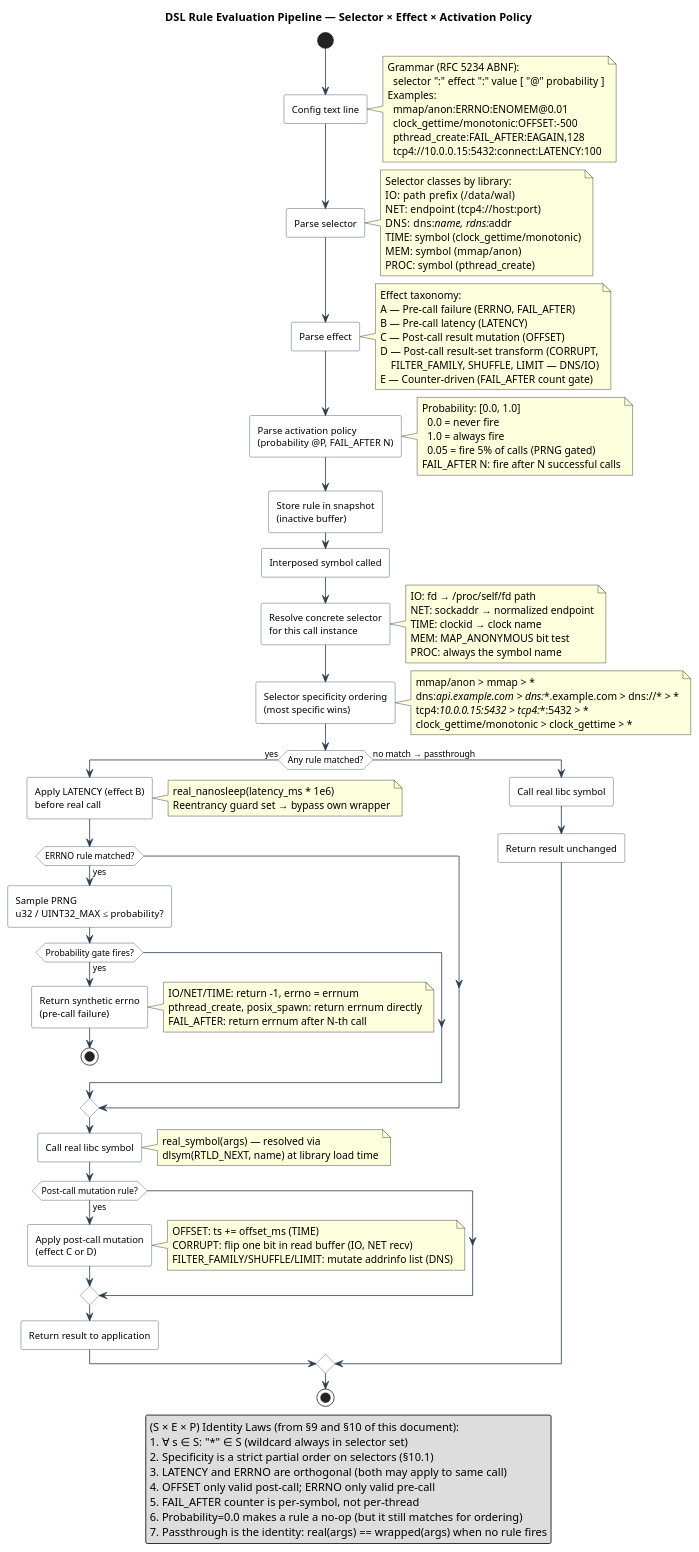
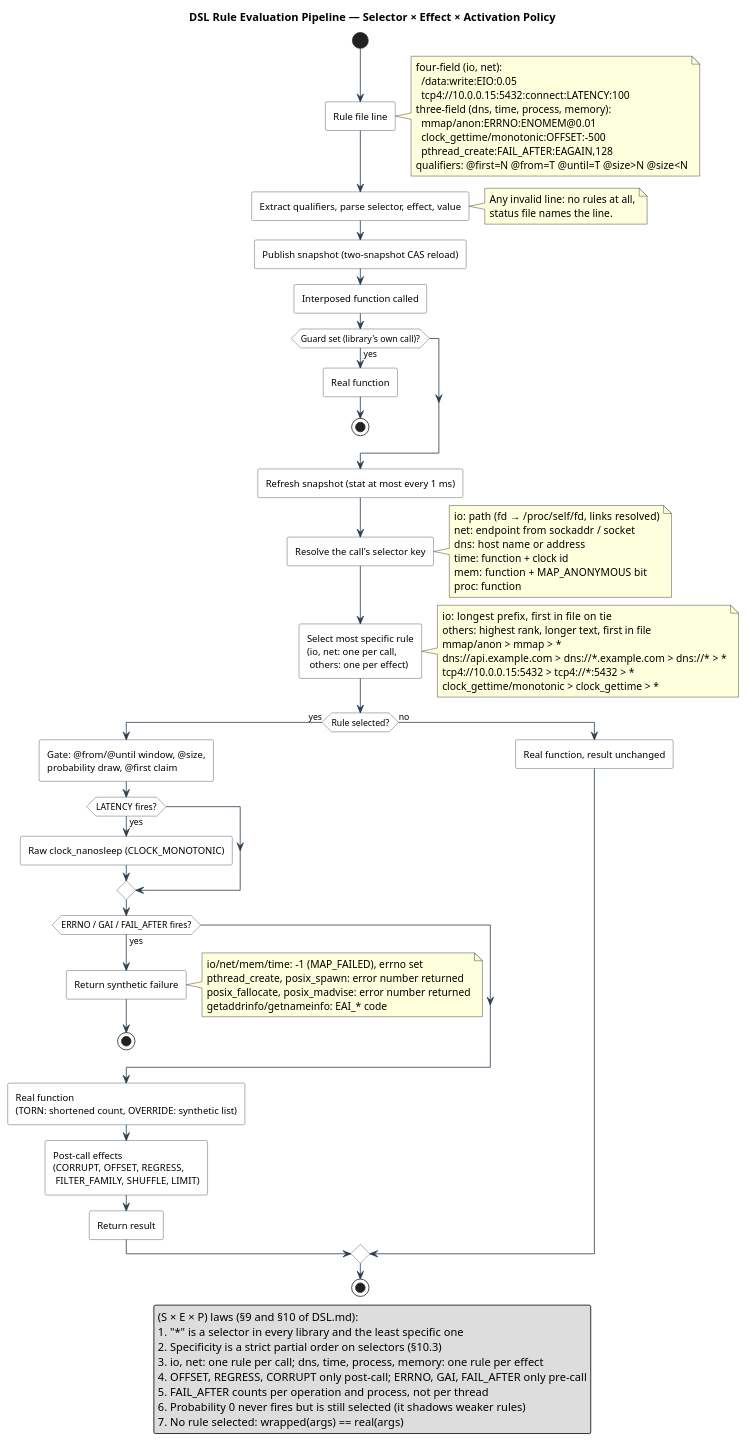
The diagram in docs/DSL.md (macstab/macstab-chaos-testing-libraries), drawn with PlantUML before and after one commit. The commit also changed other lines of this file and 7 other files, not shown here.

Commit message:
docs: rewrite the library and SECCOMP references against the current code

```diff
--- a/docs/DSL.md
+++ b/docs/DSL.md
@@ -422,123 +628,96 @@
 
 start
 
-:Config text line;
+:Rule file line;
 note right
-  Grammar (RFC 5234 ABNF):
-    selector ":" effect ":" value [ "@" probability ]
-  Examples:
+  four-field (io, net):
+    /data:write:EIO:0.05
+    tcp4://10.0.0.15:5432:connect:LATENCY:100
+  three-field (dns, time, process, memory):
     mmap/anon:ERRNO:ENOMEM@0.01
     clock_gettime/monotonic:OFFSET:-500
     pthread_create:FAIL_AFTER:EAGAIN,128
-    tcp4://10.0.0.15:5432:connect:LATENCY:100
+  qualifiers: @first=N @from=T @until=T @size>N @size<N
 end note
 
-:Parse selector;
+:Extract qualifiers, parse selector, effect, value;
 note right
-  Selector classes by library:
-  IO:   path prefix (/data/wal)
-  NET:  endpoint (tcp4://host:port)
-  DNS:  dns://name, rdns://addr
-  TIME: symbol (clock_gettime/monotonic)
-  MEM:  symbol (mmap/anon)
-  PROC: symbol (pthread_create)
+  Any invalid line: no rules at all,
+  status file names the line.
 end note
 
-:Parse effect;
-note right
-  Effect taxonomy:
-  A — Pre-call failure (ERRNO, FAIL_AFTER)
-  B — Pre-call latency (LATENCY)
-  C — Post-call result mutation (OFFSET)
-  D — Post-call result-set transform (CORRUPT,
-      FILTER_FAMILY, SHUFFLE, LIMIT — DNS/IO)
-  E — Counter-driven (FAIL_AFTER count gate)
-end note
-
-:Parse activation policy\n(probability @P, FAIL_AFTER N);
-note right
-  Probability: [0.0, 1.0]
-    0.0 = never fire
-    1.0 = always fire
-    0.05 = fire 5% of calls (PRNG gated)
-  FAIL_AFTER N: fire after N successful calls
-end note
-
-:Store rule in snapshot\n(inactive buffer);
+:Publish snapshot (two-snapshot CAS reload);
 
 ' --- Call time ---
 
-:Interposed symbol called;
+:Interposed function called;
 
-:Resolve concrete selector\nfor this call instance;
+if (Guard set (library's own call)?) then (yes)
+  :Real function;
+  stop
+endif
+
+:Refresh snapshot (stat at most every 1 ms);
+
+:Resolve the call's selector key;
 note right
-  IO: fd → /proc/self/fd path
-  NET: sockaddr → normalized endpoint
-  TIME: clockid → clock name
-  MEM: MAP_ANONYMOUS bit test
-  PROC: always the symbol name
+  io:   path (fd → /proc/self/fd, links resolved)
+  net:  endpoint from sockaddr / socket
+  dns:  host name or address
+  time: function + clock id
+  mem:  function + MAP_ANONYMOUS bit
+  proc: function
 end note
 
-:Selector specificity ordering\n(most specific wins);
+:Select most specific rule
+(io, net: one per call,
+ others: one per effect);
 note right
+  io:   longest prefix, first in file on tie
+  others: highest rank, longer text, first in file
   mmap/anon > mmap > *
-  dns://api.example.com > dns://*.example.com > dns://* > *
-  tcp4://10.0.0.15:5432 > tcp4://*:5432 > *
+  dns:~//api.example.com > dns:~//*.example.com > dns:~//* > *
+  tcp4:~//10.0.0.15:5432 > tcp4:~//*:5432 > *
   clock_gettime/monotonic > clock_gettime > *
 end note
 
-if (Any rule matched?) then (yes)
-  :Apply LATENCY (effect B)\nbefore real call;
-  note right
-    real_nanosleep(latency_ms * 1e6)
-    Reentrancy guard set → bypass own wrapper
-  end note
-
-  if (ERRNO rule matched?) then (yes)
-    :Sample PRNG\nu32 / UINT32_MAX ≤ probability?;
-    if (Probability gate fires?) then (yes)
-      :Return synthetic errno\n(pre-call failure);
-      note right
-        IO/NET/TIME: return -1, errno = errnum
-        pthread_create, posix_spawn: return errnum directly
-        FAIL_AFTER: return errnum after N-th call
-      end note
-      stop
-    endif
+if (Rule selected?) then (yes)
+  :Gate: @from/@until window, @size,
+  probability draw, @first claim;
+  if (LATENCY fires?) then (yes)
+    :Raw clock_nanosleep (CLOCK_MONOTONIC);
   endif
-
-  :Call real libc symbol;
-  note right
-    real_symbol(args) — resolved via
-    dlsym(RTLD_NEXT, name) at library load time
-  end note
-
-  if (Post-call mutation rule?) then (yes)
-    :Apply post-call mutation\n(effect C or D);
+  if (ERRNO / GAI / FAIL_AFTER fires?) then (yes)
+    :Return synthetic failure;
     note right
-      OFFSET: ts += offset_ms (TIME)
-      CORRUPT: flip one bit in read buffer (IO, NET recv)
-      FILTER_FAMILY/SHUFFLE/LIMIT: mutate addrinfo list (DNS)
+      io/net/mem/time: -1 (MAP_FAILED), errno set
+      pthread_create, posix_spawn: error number returned
+      posix_fallocate, posix_madvise: error number returned
+      getaddrinfo/getnameinfo: EAI_* code
     end note
+    stop
   endif
-
-  :Return result to application;
-else (no match → passthrough)
-  :Call real libc symbol;
-  :Return result unchanged;
+  :Real function
+  (TORN: shortened count, OVERRIDE: synthetic list);
+  :Post-call effects
+  (CORRUPT, OFFSET, REGRESS,
+   FILTER_FAMILY, SHUFFLE, LIMIT);
+  :Return result;
+else (no)
+  :Real function, result unchanged;
 endif
 
 stop
 
 legend
-  (S × E × P) Identity Laws (from §9 and §10 of this document):
-  1. ∀ s ∈ S: "*" ∈ S (wildcard always in selector set)
-  2. Specificity is a strict partial order on selectors (§10.1)
-  3. LATENCY and ERRNO are orthogonal (both may apply to same call)
-  4. OFFSET only valid post-call; ERRNO only valid pre-call
-  5. FAIL_AFTER counter is per-symbol, not per-thread
-  6. Probability=0.0 makes a rule a no-op (but it still matches for ordering)
-  7. Passthrough is the identity: real(args) == wrapped(args) when no rule fires
+  (S × E × P) laws (§9 and §10 of DSL.md):
+  1. "*" is a selector in every library and the least specific one
+  2. Specificity is a strict partial order on selectors (§10.3)
+  3. io, net: one rule per call; dns, time, process, memory: one rule per effect
+  4. OFFSET, REGRESS, CORRUPT only post-call; ERRNO, GAI, FAIL_AFTER only pre-call
+  5. FAIL_AFTER counts per operation and process, not per thread
+  6. Probability 0 never fires but is still selected (it shadows weaker rules)
+  7. No rule selected: wrapped(args) == real(args)
 endlegend
 
 @enduml
```
